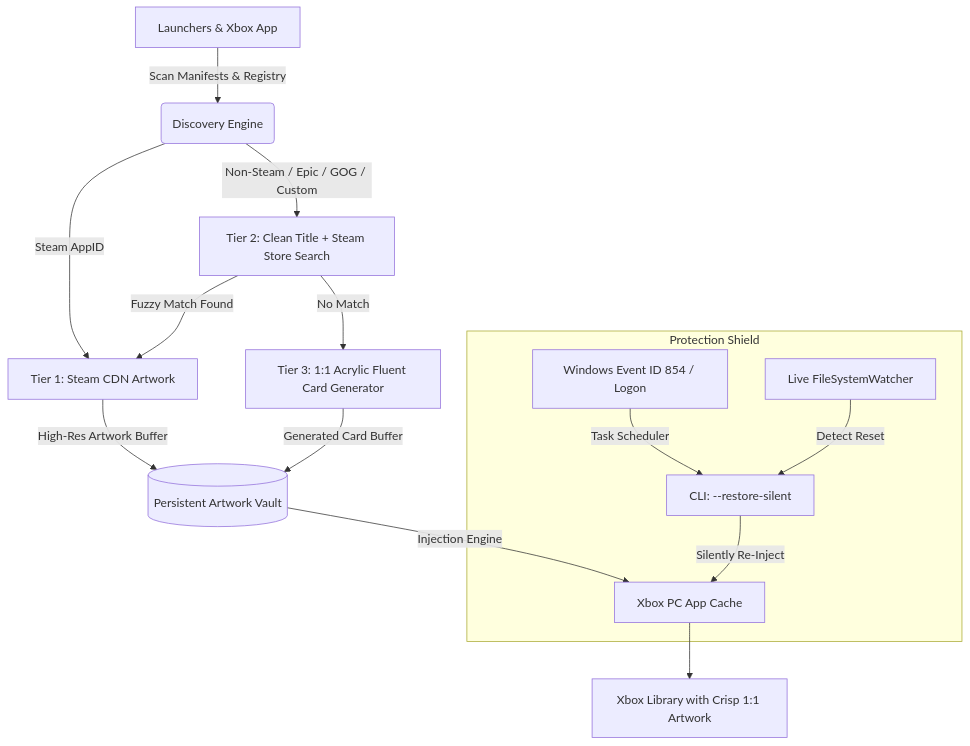
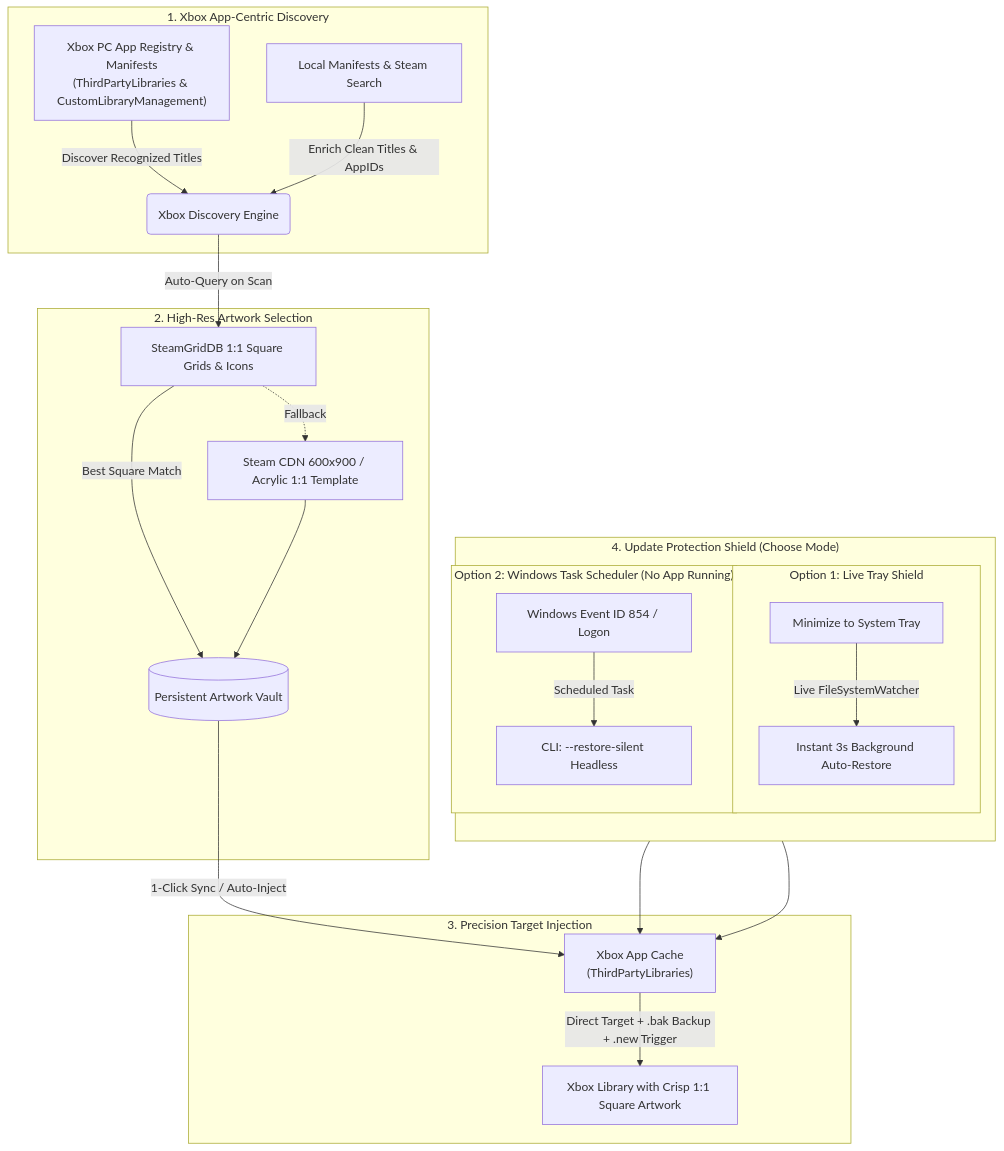
One commit to kllakm/XboxGridSync changed the diagram in README.md. Above: the diagram before and after it, drawn with Mermaid. The commit also changed other lines of this file and 6 other files, not shown here.

````diff
--- a/README.md
+++ b/README.md
@@ -54,20 +50,31 @@
 ```mermaid
 flowchart TD
-    A[Launchers & Xbox App] -->|Scan Manifests & Registry| B(Discovery Engine)
-    B -->|Steam AppID| C[Tier 1: Steam CDN Artwork]
-    B -->|Non-Steam / Epic / GOG / Custom| D[Tier 2: Clean Title + Steam Store Search]
-    D -->|Fuzzy Match Found| C
-    D -->|No Match| E[Tier 3: 1:1 Acrylic Fluent Card Generator]
-    
-    C -->|High-Res Artwork Buffer| F[(Persistent Artwork Vault)]
-    E -->|Generated Card Buffer| F
-    
-    F -->|Injection Engine| G[Xbox PC App Cache]
-    G --> H[Xbox Library with Crisp 1:1 Artwork]
+    subgraph Discovery ["1. Xbox App-Centric Discovery"]
+        A["Xbox PC App Registry & Manifests<br/>(ThirdPartyLibraries & CustomLibraryManagement)"] -->|Discover Recognized Titles| B(Xbox Discovery Engine)
+        C["Local Manifests & Steam Search"] -->|Enrich Clean Titles & AppIDs| B
+    end
 
-    subgraph Protection Shield
-        I[Windows Event ID 854 / Logon] -->|Task Scheduler| J[CLI: --restore-silent]
-        K[Live FileSystemWatcher] -->|Detect Reset| J
-        J -->|Silently Re-Inject| G
+    subgraph Resolution ["2. High-Res Artwork Selection"]
+        B -->|Auto-Query on Scan| D["SteamGridDB 1:1 Square Grids & Icons"]
+        D -->|Best Square Match| F[("Persistent Artwork Vault")]
+        D -.->|Fallback| E["Steam CDN 600x900 / Acrylic 1:1 Template"]
+        E --> F
+    end
+
+    subgraph Injection ["3. Precision Target Injection"]
+        F -->|1-Click Sync / Auto-Inject| G["Xbox App Cache<br/>(ThirdPartyLibraries)"]
+        G -->|Direct Target + .bak Backup + .new Trigger| H["Xbox Library with Crisp 1:1 Square Artwork"]
+    end
+
+    subgraph Protection ["4. Update Protection Shield (Choose Mode)"]
+        direction TB
+        subgraph Option1 ["Option 1: Live Tray Shield"]
+            K["Minimize to System Tray"] -->|Live FileSystemWatcher| L["Instant 3s Background Auto-Restore"]
+        end
+        subgraph Option2 ["Option 2: Windows Task Scheduler (No App Running)"]
+            M["Windows Event ID 854 / Logon"] -->|Scheduled Task| N["CLI: --restore-silent Headless"]
+        end
+        L --> G
+        N --> G
     end
 ```
````
